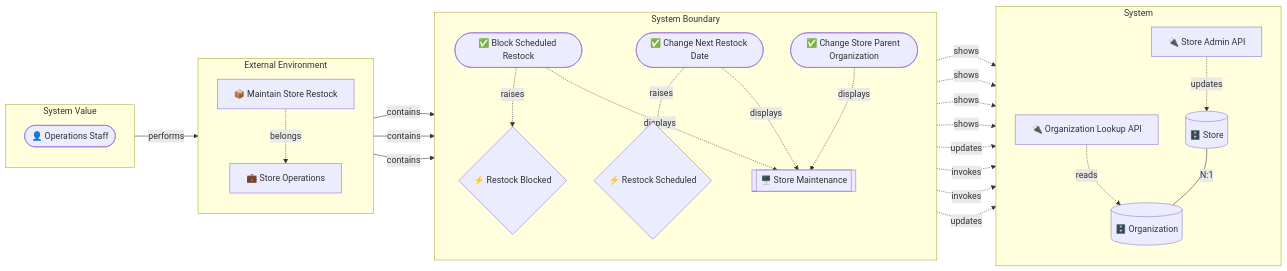
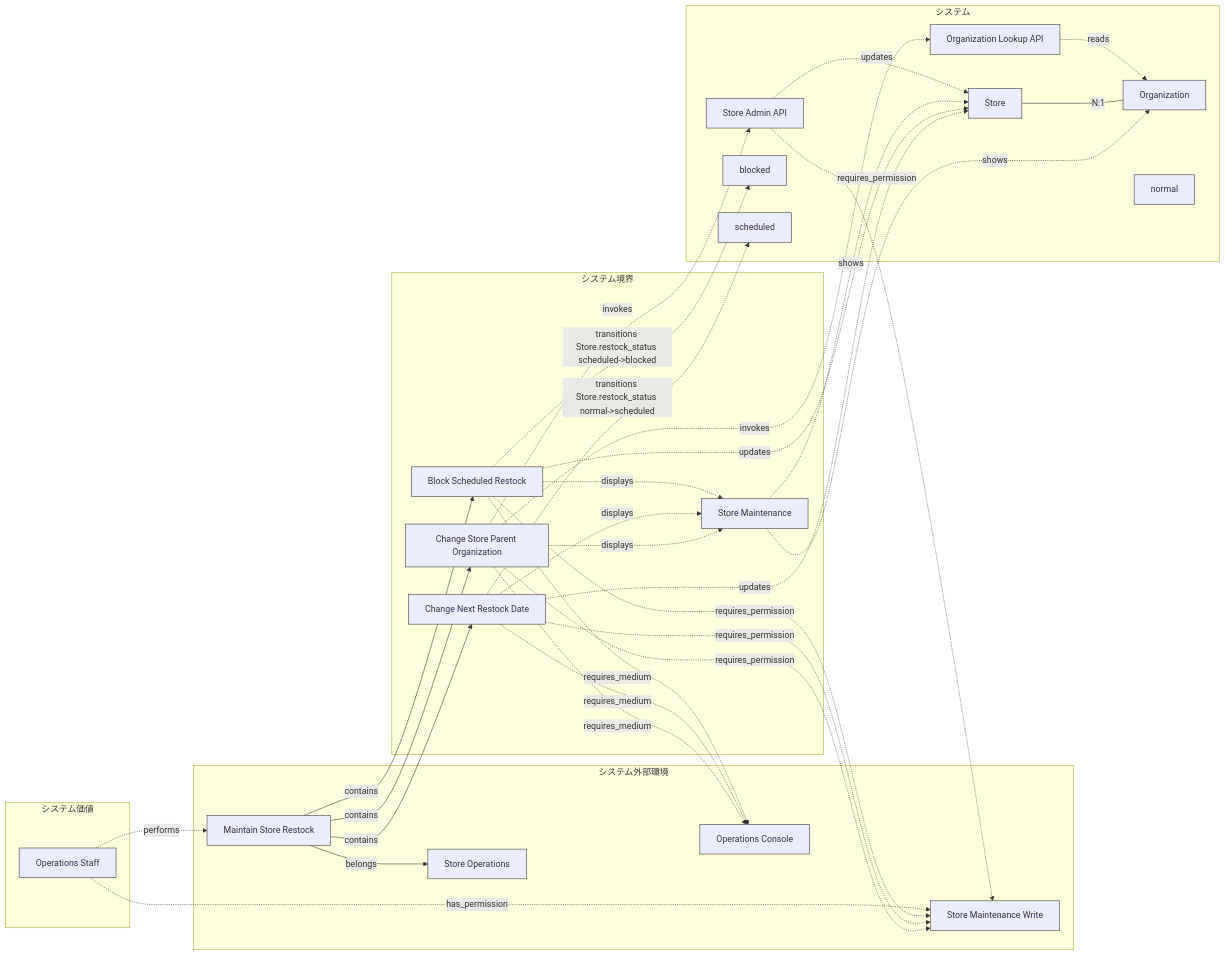
One commit to manji-0/rdra-ish-dsl changed the first of 4 diagrams in samples/incremental-order/step-6-business-rules/design.md. Above: the diagram before and after it, drawn with Mermaid. The commit also changed other lines of this file and 12 other files, not shown here.

First line of the commit message:
docs(samples): refresh the incremental-order step diagrams to the encoding contract

````diff
--- a/samples/incremental-order/step-6-business-rules/design.md
+++ b/samples/incremental-order/step-6-business-rules/design.md
@@ -52,49 +52,70 @@
 ```mermaid
+%% rdra-ish diagram=rdra scope=buc:BucStoreRestock model=samples/incremental-order/step-6-business-rules/src
+%% layers: value=システム価値 environment=システム外部環境 boundary=システム境界 system=システム
+%% kinds: actor business buc medium permission usecase screen api entity state
+%% omitted: (none)
 flowchart LR
-  subgraph layer_value[System Value]
-    direction TB
-    OpsStaff(["👤 Operations Staff"])
+  subgraph layer_value["システム価値"]
+    actor__OpsStaff["Operations Staff"]:::actor
   end
-  subgraph layer_environment[External Environment]
-    direction TB
-    StoreOperations["💼 Store Operations"]
-    BucStoreRestock["📦 Maintain Store Restock"]
+  subgraph layer_environment["システム外部環境"]
+    business__StoreOperations["Store Operations"]:::business
+    %% desc business__StoreOperations: Store operations owns restock planning and store master maintenance.
+    buc__BucStoreRestock["Maintain Store Restock"]:::buc
+    %% desc buc__BucStoreRestock: Keep restock dates and store organization assignments operationally correct.
+    medium__OpsConsole["Operations Console"]:::medium
+    permission__StoreMaintenanceWrite["Store Maintenance Write"]:::permission
   end
-  subgraph layer_boundary[System Boundary]
-    direction TB
-    BlockScheduledRestock(["✅ Block Scheduled Restock"])
-    ChangeNextRestockDate(["✅ Change Next Restock Date"])
-    ChangeStoreParentOrganization(["✅ Change Store Parent Organization"])
-    StoreMaintenanceScreen[["🖥️ Store Maintenance"]]
-    RestockBlocked{"⚡ Restock Blocked"}
-    RestockScheduled{"⚡ Restock Scheduled"}
+  subgraph layer_boundary["システム境界"]
+    usecase__BlockScheduledRestock["Block Scheduled Restock"]:::usecase
+    usecase__ChangeNextRestockDate["Change Next Restock Date"]:::usecase
+    usecase__ChangeStoreParentOrganization["Change Store Parent Organization"]:::usecase
+    screen__StoreMaintenanceScreen["Store Maintenance"]:::screen
   end
-  subgraph layer_system[System]
-    direction TB
-    OrganizationLookupApi["🔌 Organization Lookup API"]
-    StoreAdminApi["🔌 Store Admin API"]
-    Organization[("🗄️ Organization")]
-    Store[("🗄️ Store")]
+  subgraph layer_system["システム"]
+    api__OrganizationLookupApi["Organization Lookup API"]:::api
+    api__StoreAdminApi["Store Admin API"]:::api
+    entity__Organization["Organization"]:::entity
+    entity__Store["Store"]:::entity
+    state__Store_blocked["blocked"]:::state
+    state__Store_normal["normal"]:::state
+    state__Store_scheduled["scheduled"]:::state
   end
-  OpsStaff -->|performs| BucStoreRestock
-  StoreAdminApi -.->|updates| Store
-  OrganizationLookupApi -.->|reads| Organization
-  BucStoreRestock -.->|belongs| StoreOperations
-  BucStoreRestock -->|contains| ChangeNextRestockDate
-  BucStoreRestock -->|contains| ChangeStoreParentOrganization
-  BucStoreRestock -->|contains| BlockScheduledRestock
-  Store ---|N:1| Organization
-  StoreMaintenanceScreen -.->|shows| Store
-  StoreMaintenanceScreen -.->|shows| Store
-  StoreMaintenanceScreen -.->|shows| Store
-  StoreMaintenanceScreen -.->|shows| Organization
-  ChangeNextRestockDate -.->|displays| StoreMaintenanceScreen
-  ChangeNextRestockDate -.->|raises| RestockScheduled
-  ChangeNextRestockDate -.->|updates| Store
-  ChangeStoreParentOrganization -.->|displays| StoreMaintenanceScreen
-  ChangeStoreParentOrganization -.->|invokes| StoreAdminApi
-  ChangeStoreParentOrganization -.->|invokes| OrganizationLookupApi
-  BlockScheduledRestock -.->|displays| StoreMaintenanceScreen
-  BlockScheduledRestock -.->|raises| RestockBlocked
-  BlockScheduledRestock -.->|updates| Store
+  actor__OpsStaff -.->|has_permission| permission__StoreMaintenanceWrite
+  actor__OpsStaff -.->|performs| buc__BucStoreRestock
+  api__OrganizationLookupApi -.->|reads| entity__Organization
+  api__StoreAdminApi -.->|requires_permission| permission__StoreMaintenanceWrite
+  api__StoreAdminApi -.->|updates| entity__Store
+  buc__BucStoreRestock -->|belongs| business__StoreOperations
+  buc__BucStoreRestock -->|contains| usecase__BlockScheduledRestock
+  buc__BucStoreRestock -->|contains| usecase__ChangeNextRestockDate
+  buc__BucStoreRestock -->|contains| usecase__ChangeStoreParentOrganization
+  entity__Store ---|N:1| entity__Organization
+  screen__StoreMaintenanceScreen -.->|shows| entity__Organization
+  screen__StoreMaintenanceScreen -.->|shows| entity__Store
+  usecase__BlockScheduledRestock -.->|displays| screen__StoreMaintenanceScreen
+  usecase__BlockScheduledRestock -.->|requires_medium| medium__OpsConsole
+  usecase__BlockScheduledRestock -.->|requires_permission| permission__StoreMaintenanceWrite
+  usecase__BlockScheduledRestock -.->|transitions Store.restock_status scheduled->blocked| state__Store_blocked
+  usecase__BlockScheduledRestock -.->|updates| entity__Store
+  usecase__ChangeNextRestockDate -.->|displays| screen__StoreMaintenanceScreen
+  usecase__ChangeNextRestockDate -.->|requires_medium| medium__OpsConsole
+  usecase__ChangeNextRestockDate -.->|requires_permission| permission__StoreMaintenanceWrite
+  usecase__ChangeNextRestockDate -.->|transitions Store.restock_status normal->scheduled| state__Store_scheduled
+  usecase__ChangeNextRestockDate -.->|updates| entity__Store
+  usecase__ChangeStoreParentOrganization -.->|displays| screen__StoreMaintenanceScreen
+  usecase__ChangeStoreParentOrganization -.->|invokes| api__OrganizationLookupApi
+  usecase__ChangeStoreParentOrganization -.->|invokes| api__StoreAdminApi
+  usecase__ChangeStoreParentOrganization -.->|requires_medium| medium__OpsConsole
+  usecase__ChangeStoreParentOrganization -.->|requires_permission| permission__StoreMaintenanceWrite
+  classDef actor stroke:#333;
+  classDef business stroke:#333;
+  classDef buc stroke:#333;
+  classDef medium stroke:#333;
+  classDef permission stroke:#333;
+  classDef usecase stroke:#333;
+  classDef screen stroke:#333;
+  classDef api stroke:#333;
+  classDef entity stroke:#333;
+  classDef state stroke:#333;
 ```
````
